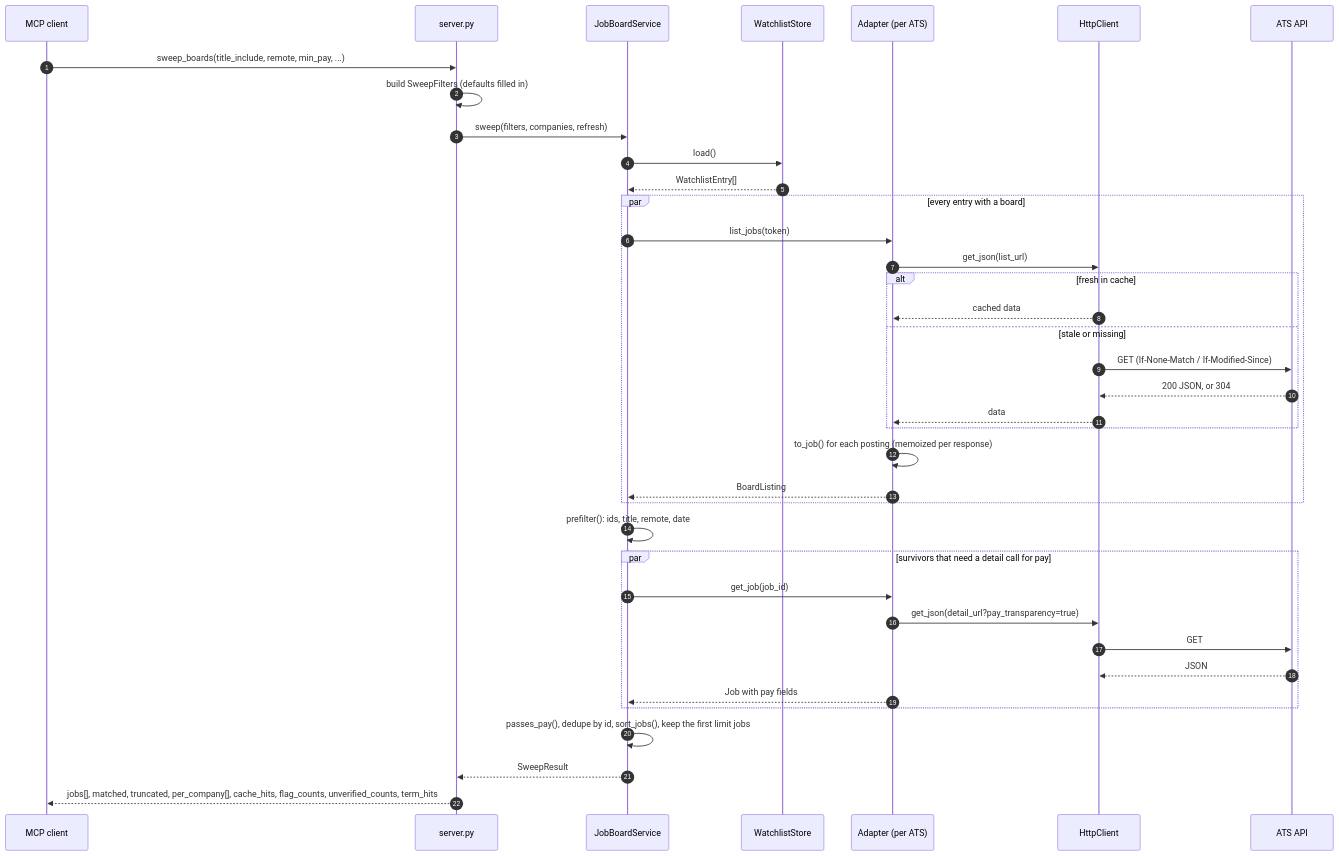
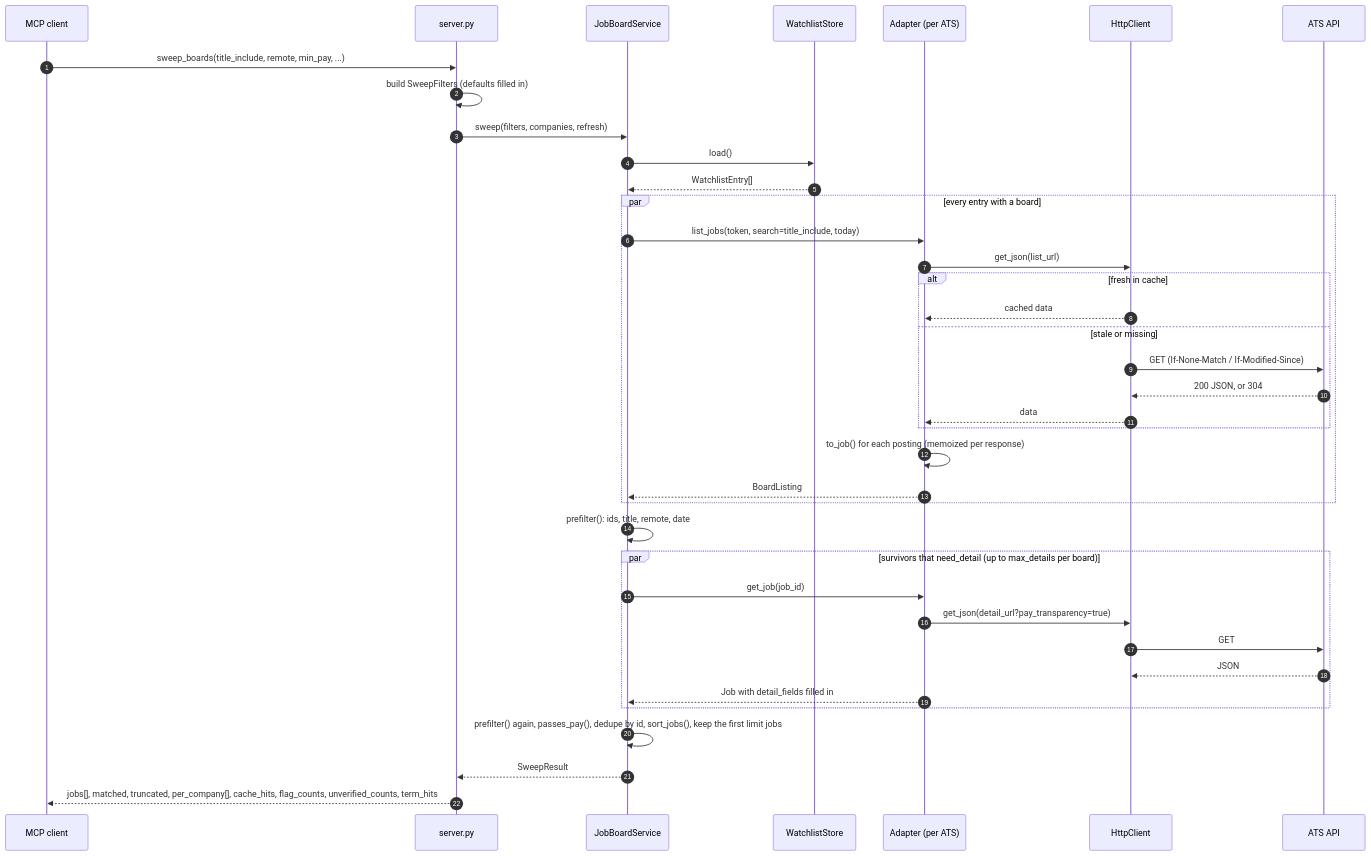
Before and after one commit to HakujouRyu/jobboard-mcp: the third of 7 diagrams in docs/architecture.md, drawn with Mermaid. The commit also changed other lines of this file and 12 other files, not shown here.

First line of the commit message:
Let adapters search large boards and fill in more than pay from details

````diff
--- a/docs/architecture.md
+++ b/docs/architecture.md
@@ -117,45 +121,45 @@
 ```mermaid
 sequenceDiagram
     autonumber
     participant C as MCP client
     participant S as server.py
     participant Svc as JobBoardService
     participant W as WatchlistStore
     participant A as Adapter (per ATS)
     participant H as HttpClient
     participant API as ATS API
 
     C->>S: sweep_boards(title_include, remote, min_pay, ...)
     S->>S: build SweepFilters (defaults filled in)
     S->>Svc: sweep(filters, companies, refresh)
     Svc->>W: load()
     W-->>Svc: WatchlistEntry[]
 
     par every entry with a board
-        Svc->>A: list_jobs(token)
+        Svc->>A: list_jobs(token, search=title_include, today)
         A->>H: get_json(list_url)
         alt fresh in cache
             H-->>A: cached data
         else stale or missing
             H->>API: GET (If-None-Match / If-Modified-Since)
             API-->>H: 200 JSON, or 304
             H-->>A: data
         end
         A->>A: to_job() for each posting (memoized per response)
         A-->>Svc: BoardListing
     end
 
     Svc->>Svc: prefilter(): ids, title, remote, date
 
-    par survivors that need a detail call for pay
+    par survivors that need_detail (up to max_details per board)
         Svc->>A: get_job(job_id)
         A->>H: get_json(detail_url?pay_transparency=true)
         H->>API: GET
         API-->>H: JSON
-        A-->>Svc: Job with pay fields
+        A-->>Svc: Job with detail_fields filled in
     end
 
-    Svc->>Svc: passes_pay(), dedupe by id, sort_jobs(), keep the first limit jobs
+    Svc->>Svc: prefilter() again, passes_pay(), dedupe by id, sort_jobs(), keep the first limit jobs
     Svc-->>S: SweepResult
     S-->>C: jobs[], matched, truncated, per_company[], cache_hits, flag_counts, unverified_counts, term_hits
 ```
````
